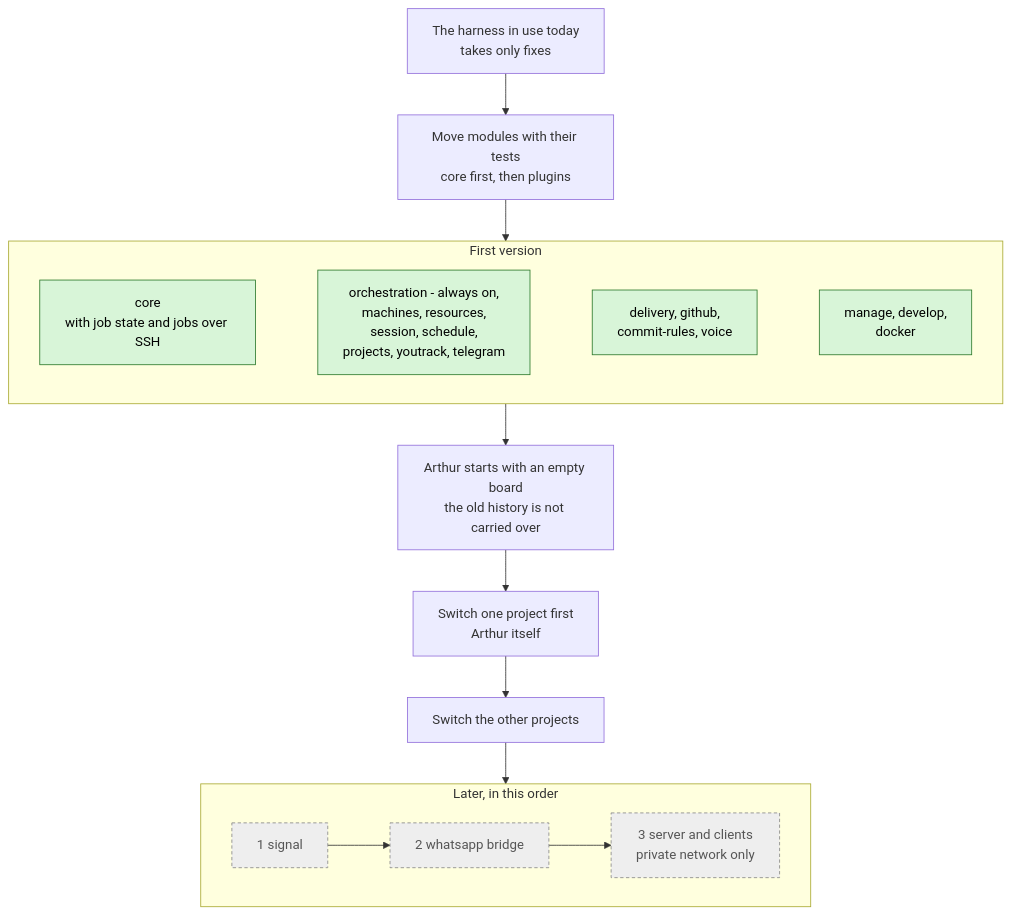
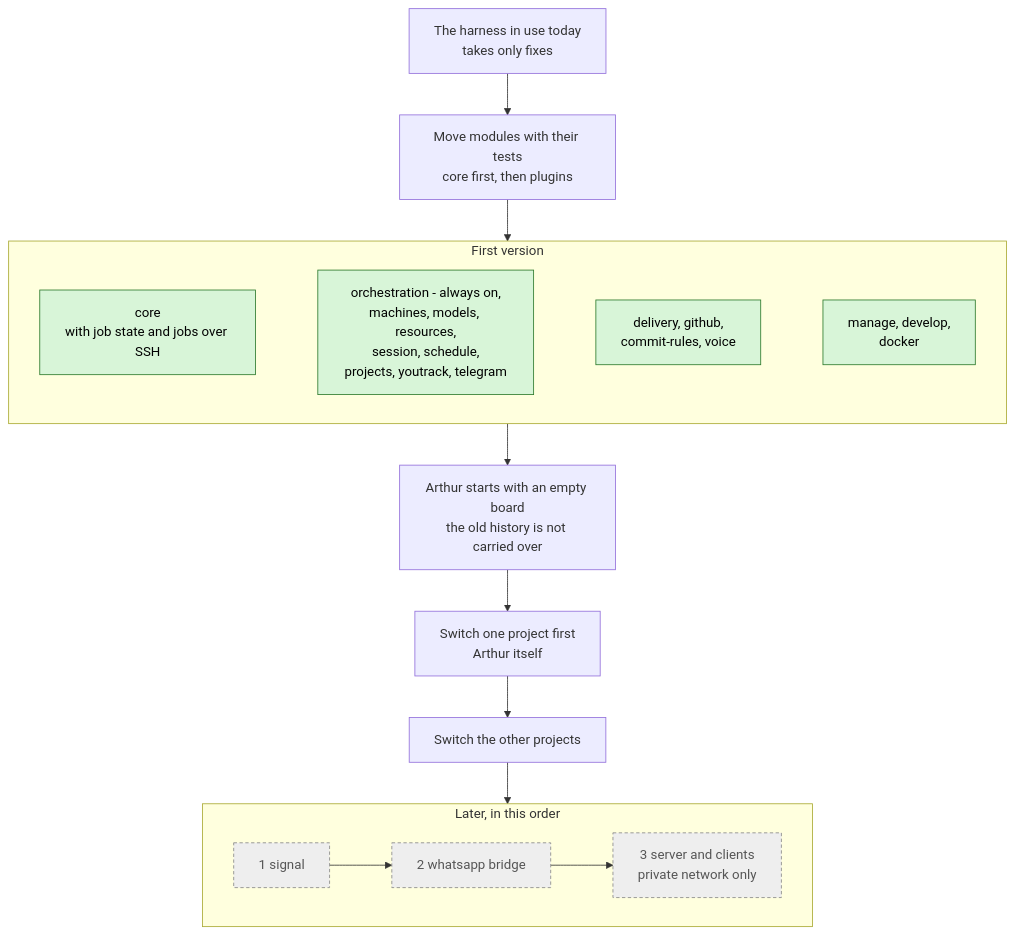
The diagram in docs/architecture/versions.mmd (kacperadler/arthur), drawn with Mermaid before and after one commit. The commit also changed 2 other files, not shown here.

Commit message:
docs(AR0064): add the models plugin to the vision and diagrams

```diff
--- a/docs/architecture/versions.mmd
+++ b/docs/architecture/versions.mmd
@@ -1,30 +1,30 @@
 %% From the harness in use today to Arthur's first version and after it. Green = first version, grey dashed = later.
 flowchart TD
   today[The harness in use today<br/>takes only fixes]
   move[Move modules with their tests<br/>core first, then plugins]
 
   subgraph V1[First version]
     core[core<br/>with job state and jobs over SSH]
-    p1[orchestration - always on,<br/>machines, resources,<br/>session, schedule,<br/>projects, youtrack, telegram]
+    p1[orchestration - always on,<br/>machines, models, resources,<br/>session, schedule,<br/>projects, youtrack, telegram]
     p2[delivery, github,<br/>commit-rules, voice]
     p3[manage, develop,<br/>docker]
     core ~~~ p1 ~~~ p2 ~~~ p3
   end
 
   start[Arthur starts with an empty board<br/>the old history is not carried over]
   switch1[Switch one project first<br/>Arthur itself]
   switch2[Switch the other projects]
 
   subgraph V2[Later, in this order]
     signal[1 signal]
     whatsapp[2 whatsapp bridge]
     server[3 server and clients<br/>private network only]
     signal --> whatsapp --> server
   end
 
   today --> move --> V1 --> start --> switch1 --> switch2 --> V2
 
   classDef first fill:#d8f5d8,stroke:#2d7a2d,color:#000;
   classDef later fill:#eee,stroke:#888,stroke-dasharray:4 3,color:#555;
   class core,p1,p2,p3 first;
   class signal,whatsapp,server later;
```
